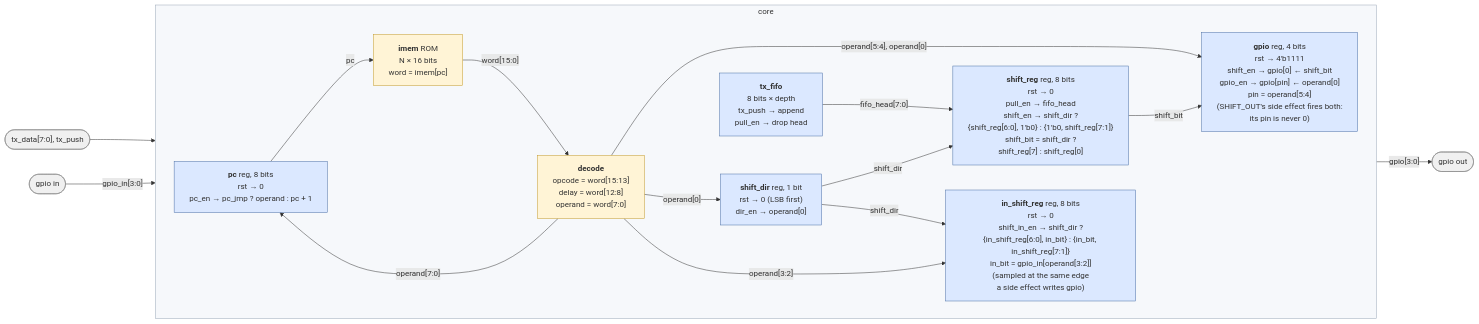
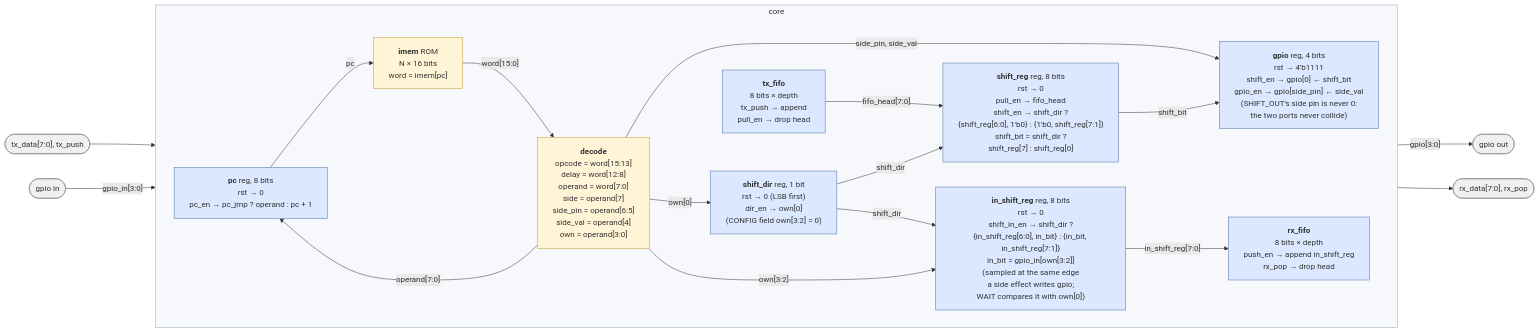
Before and after one commit to cshieldsce/smallcore: the diagram in docs/core.mmd, drawn with Mermaid. The commit also changed 12 other files, not shown here.

Commit message:
update diagrams for the side effect, config, push and wait

```diff
--- a/docs/core.mmd
+++ b/docs/core.mmd
@@ -1,43 +1,48 @@
 %%{init: {"flowchart": {"wrappingWidth": 320}}}%%
 %% Datapath at Verilog level. Blue = register (one always @(posedge clk)), yellow = combinational.
-%% Only data wires are drawn. The enables named inside each register (pull_en, shift_en,
+%% Only data wires are drawn. The enables named inside each register (pull_en, push_en, shift_en,
 %% shift_in_en, gpio_en, dir_en, pc_en, pc_jmp) come from the control block, see control.svg.
-%% gpio has two write ports: SHIFT_OUT writes gpio[0], SET and a side effect write the operand
-%% pin. shift_dir selects which end of shift_reg feeds gpio[0], which end of in_shift_reg the
-%% sampled input pin enters, and which way both shift.
+%% gpio has two write ports: SHIFT_OUT writes gpio[0]; the one side-effect port (SET and every
+%% other instruction's `pin, level`) writes gpio[side_pin]. shift_dir selects which end of
+%% shift_reg feeds gpio[0], which end of in_shift_reg the sampled input pin enters, and which
+%% way both shift. in_bit, the input pin own[3:2] selects, also goes to the control block:
+%% WAIT stalls while in_bit != own[0], see control.svg.
 flowchart LR
   classDef reg fill:#dbe8ff,stroke:#4a6fa5
   classDef comb fill:#fff4d6,stroke:#c49a2a
   classDef ext fill:#f0f0f0,stroke:#888
 
   TXIN(["tx_data[7:0], tx_push"]):::ext
   GIN(["gpio in"]):::ext
 
   subgraph core["core"]
     direction LR
     PC["<b>pc</b> reg, 8 bits<br/>rst → 0<br/>pc_en → pc_jmp ? operand : pc + 1"]:::reg
     IMEM["<b>imem</b> ROM<br/>N × 16 bits<br/>word = imem[pc]"]:::comb
-    DEC["<b>decode</b><br/>opcode = word[15:13]<br/>delay = word[12:8]<br/>operand = word[7:0]"]:::comb
+    DEC["<b>decode</b><br/>opcode = word[15:13]<br/>delay = word[12:8]<br/>operand = word[7:0]<br/>side = operand[7]<br/>side_pin = operand[6:5]<br/>side_val = operand[4]<br/>own = operand[3:0]"]:::comb
     FIFO["<b>tx_fifo</b><br/>8 bits × depth<br/>tx_push → append<br/>pull_en → drop head"]:::reg
-    SD["<b>shift_dir</b> reg, 1 bit<br/>rst → 0 (LSB first)<br/>dir_en → operand[0]"]:::reg
+    SD["<b>shift_dir</b> reg, 1 bit<br/>rst → 0 (LSB first)<br/>dir_en → own[0]<br/>(CONFIG field own[3:2] = 0)"]:::reg
     SR["<b>shift_reg</b> reg, 8 bits<br/>rst → 0<br/>pull_en → fifo_head<br/>shift_en → shift_dir ?<br/>{shift_reg[6:0], 1'b0} : {1'b0, shift_reg[7:1]}<br/>shift_bit = shift_dir ?<br/>shift_reg[7] : shift_reg[0]"]:::reg
-    PIN["<b>gpio</b> reg, 4 bits<br/>rst → 4'b1111<br/>shift_en → gpio[0] ← shift_bit<br/>gpio_en → gpio[pin] ← operand[0]<br/>pin = operand[5:4]<br/>(SHIFT_OUT's side effect fires both:<br/>its pin is never 0)"]:::reg
-    ISR["<b>in_shift_reg</b> reg, 8 bits<br/>rst → 0<br/>shift_in_en → shift_dir ?<br/>{in_shift_reg[6:0], in_bit} : {in_bit, in_shift_reg[7:1]}<br/>in_bit = gpio_in[operand[3:2]]<br/>(sampled at the same edge<br/>a side effect writes gpio)"]:::reg
+    PIN["<b>gpio</b> reg, 4 bits<br/>rst → 4'b1111<br/>shift_en → gpio[0] ← shift_bit<br/>gpio_en → gpio[side_pin] ← side_val<br/>(SHIFT_OUT's side pin is never 0:<br/>the two ports never collide)"]:::reg
+    ISR["<b>in_shift_reg</b> reg, 8 bits<br/>rst → 0<br/>shift_in_en → shift_dir ?<br/>{in_shift_reg[6:0], in_bit} : {in_bit, in_shift_reg[7:1]}<br/>in_bit = gpio_in[own[3:2]]<br/>(sampled at the same edge<br/>a side effect writes gpio;<br/>WAIT compares it with own[0])"]:::reg
+    RXF["<b>rx_fifo</b><br/>8 bits × depth<br/>push_en → append in_shift_reg<br/>rx_pop → drop head"]:::reg
 
     PC -->|"pc"| IMEM
     IMEM -->|"word[15:0]"| DEC
-    DEC -->|"operand[5:4], operand[0]"| PIN
+    DEC -->|"side_pin, side_val"| PIN
     DEC -->|"operand[7:0]"| PC
-    DEC -->|"operand[0]"| SD
+    DEC -->|"own[0]"| SD
     SD -->|"shift_dir"| SR
     SD -->|"shift_dir"| ISR
-    DEC -->|"operand[3:2]"| ISR
+    DEC -->|"own[3:2]"| ISR
     FIFO -->|"fifo_head[7:0]"| SR
     SR -->|"shift_bit"| PIN
+    ISR -->|"in_shift_reg[7:0]"| RXF
   end
 
   TXIN --> FIFO
   GIN -->|"gpio_in[3:0]"| ISR
   PIN -->|"gpio[3:0]"| OUT(["gpio out"]):::ext
+  RXF --> RXOUT(["rx_data[7:0], rx_pop"]):::ext
 
   style core fill:#f6f8fb,stroke:#9aa7b8
```
